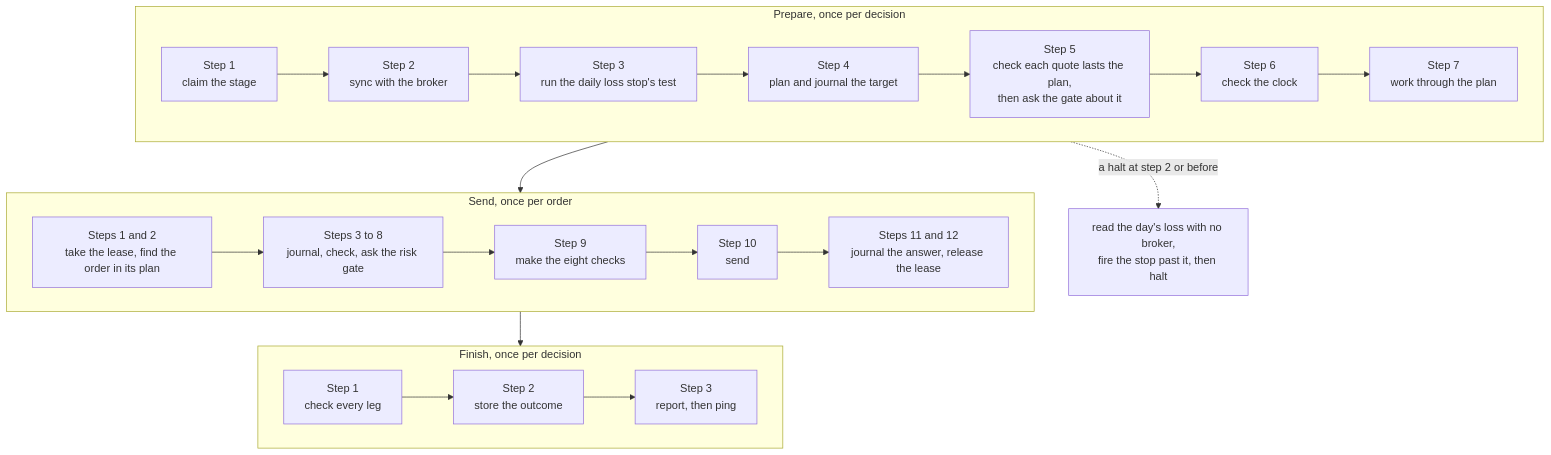
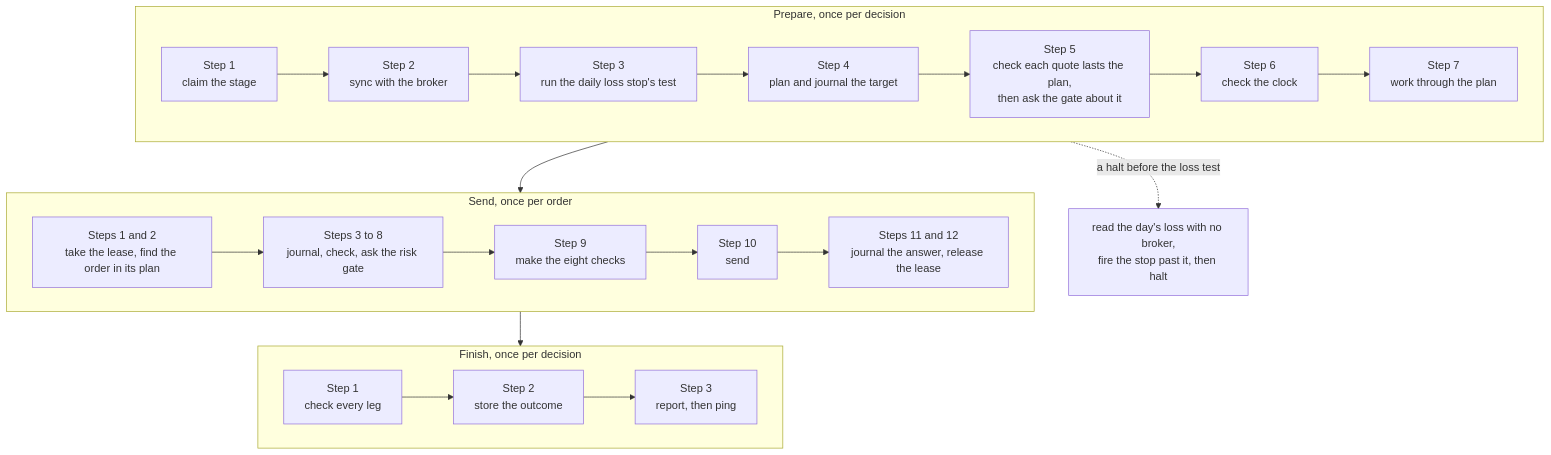
The ninth of 18 diagrams in docs/architecture/06-runtime.md (l3a0/ithildin-runtime), drawn with Mermaid before and after one commit. The commit also changed other lines of this file and 7 other files, not shown here.

First line of the commit message:
fix(execution): answer review round 1 on the loss read after a halt

````diff
--- a/docs/architecture/06-runtime.md
+++ b/docs/architecture/06-runtime.md
@@ -631,18 +631,18 @@
 ```mermaid
 flowchart TB
     subgraph prepare["Prepare, once per decision"]
         direction LR
         a1["Step 1<br/>claim the stage"] --> a2["Step 2<br/>sync with the broker"] --> a3["Step 3<br/>run the daily loss stop's test"] --> a4["Step 4<br/>plan and journal the target"] --> a5["Step 5<br/>check each quote lasts the plan,<br/>then ask the gate about it"] --> a6["Step 6<br/>check the clock"] --> a7["Step 7<br/>work through the plan"]
     end
     subgraph each["Send, once per order"]
         direction LR
         b1["Steps 1 and 2<br/>take the lease, find the order in its plan"] --> b2["Steps 3 to 8<br/>journal, check, ask the risk gate"] --> b3["Step 9<br/>make the eight checks"] --> b4["Step 10<br/>send"] --> b5["Steps 11 and 12<br/>journal the answer, release the lease"]
     end
     subgraph finish["Finish, once per decision"]
         direction LR
         c1["Step 1<br/>check every leg"] --> c2["Step 2<br/>store the outcome"] --> c3["Step 3<br/>report, then ping"]
     end
-    a2 -.->|"a halt at step 2 or before"| h["read the day's loss with no broker,<br/>fire the stop past it, then halt"]
+    a2 -.->|"a halt before the loss test"| h["read the day's loss with no broker,<br/>fire the stop past it, then halt"]
     prepare --> each
     each --> finish
 ```
````
